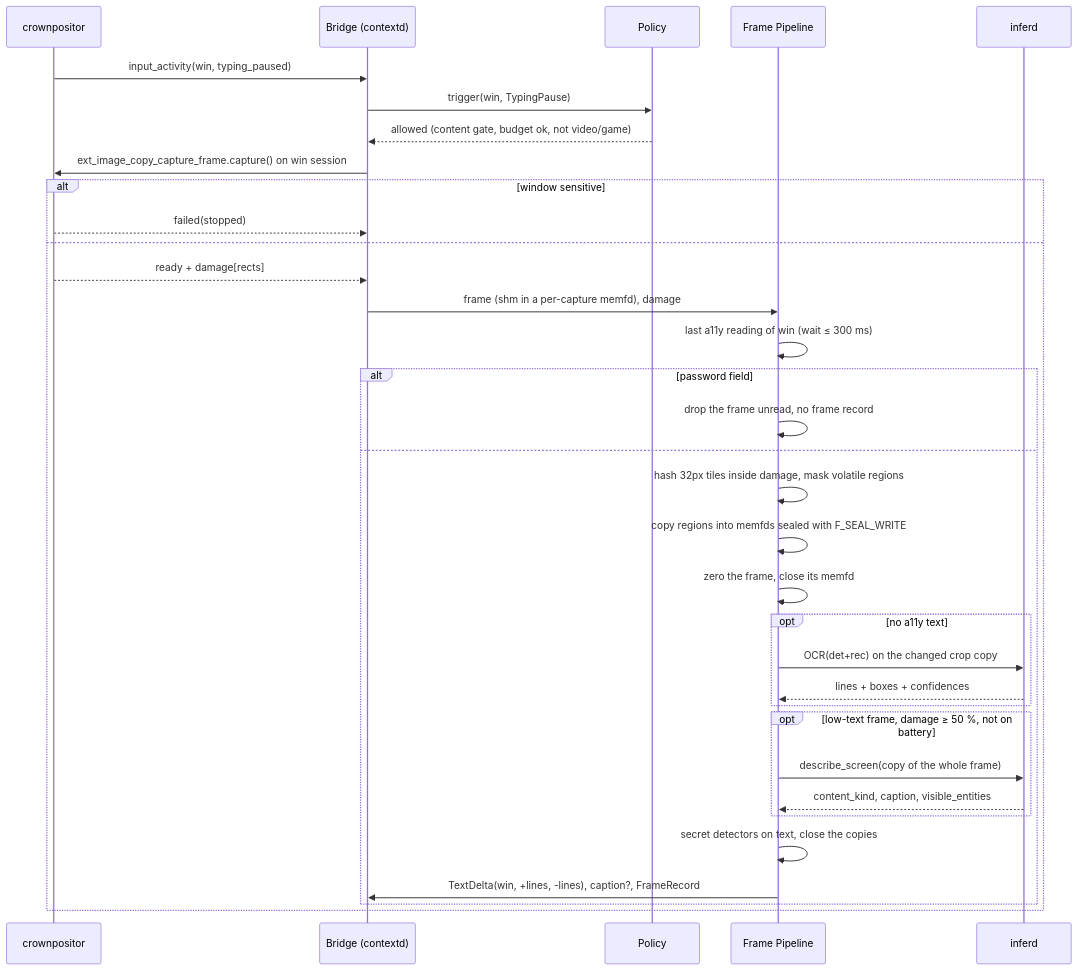
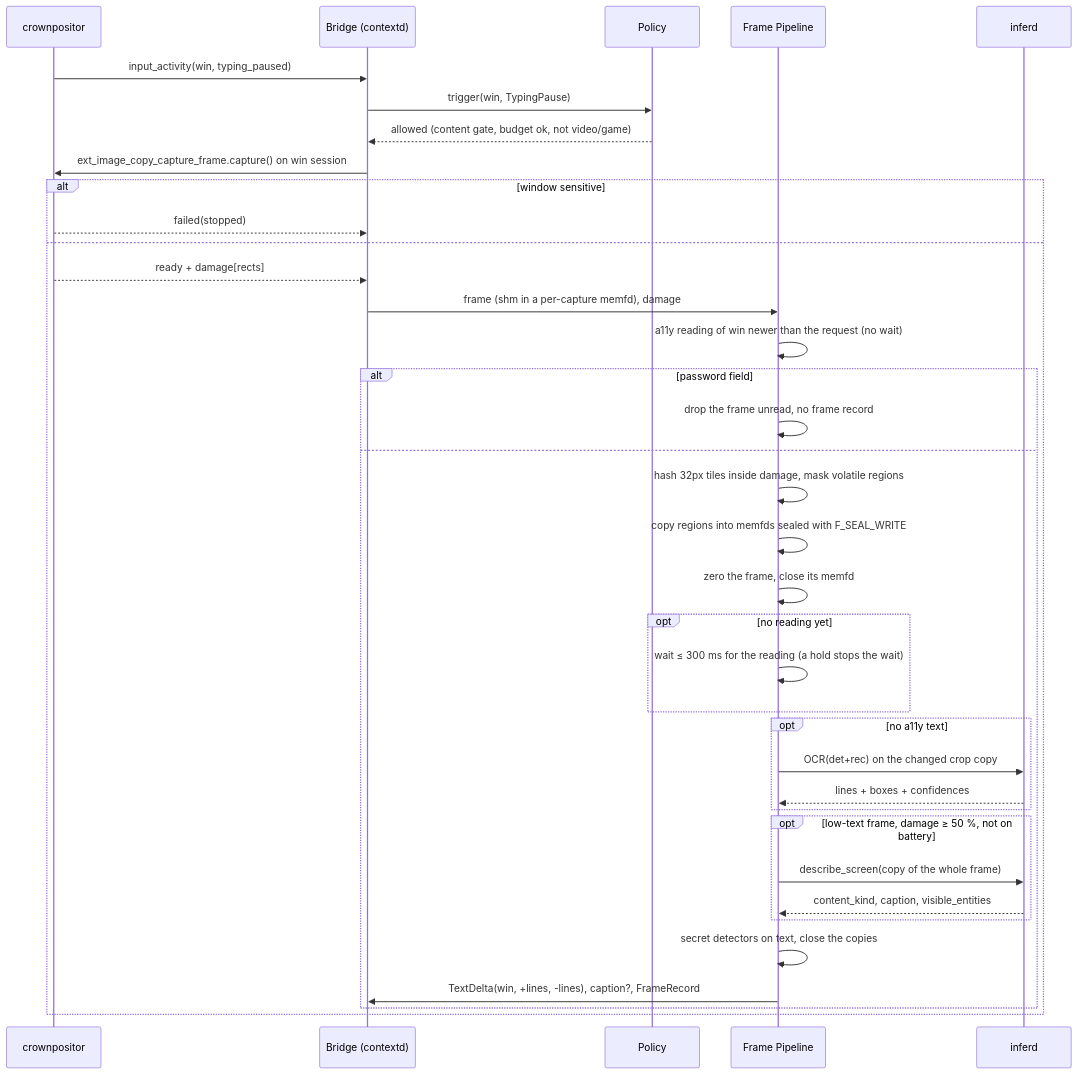
One commit to Crown-OS/crownos-visual-context-engine changed the third of 4 diagrams in docs/02-architecture.md. Above: the diagram before and after it, drawn with Mermaid. The commit also changed other lines of this file and 28 other files, not shown here.

````diff
--- a/docs/02-architecture.md
+++ b/docs/02-architecture.md
@@ -214,36 +214,39 @@
 ```mermaid
 sequenceDiagram
   participant C as crownpositor
   participant B as Bridge (contextd)
   participant P as Policy
   participant F as Frame Pipeline
   participant I as inferd
   C->>B: input_activity(win, typing_paused)
   B->>P: trigger(win, TypingPause)
   P-->>B: allowed (content gate, budget ok, not video/game)
   B->>C: ext_image_copy_capture_frame.capture() on win session
   alt window sensitive
     C-->>B: failed(stopped)
   else
     C-->>B: ready + damage[rects]
     B->>F: frame (shm in a per-capture memfd), damage
-    F->>F: last a11y reading of win (wait ≤ 300 ms)
+    F->>F: a11y reading of win newer than the request (no wait)
     alt password field
       F->>F: drop the frame unread, no frame record
     else
       F->>F: hash 32px tiles inside damage, mask volatile regions
       F->>F: copy regions into memfds sealed with F_SEAL_WRITE
       F->>F: zero the frame, close its memfd
+      opt no reading yet
+        F->>F: wait ≤ 300 ms for the reading (a hold stops the wait)
+      end
       opt no a11y text
         F->>I: OCR(det+rec) on the changed crop copy
         I-->>F: lines + boxes + confidences
       end
       opt low-text frame, damage ≥ 50 %, not on battery
         F->>I: describe_screen(copy of the whole frame)
         I-->>F: content_kind, caption, visible_entities
       end
       F->>F: secret detectors on text, close the copies
       F->>B: TextDelta(win, +lines, -lines), caption?, FrameRecord
     end
   end
 ```
````
